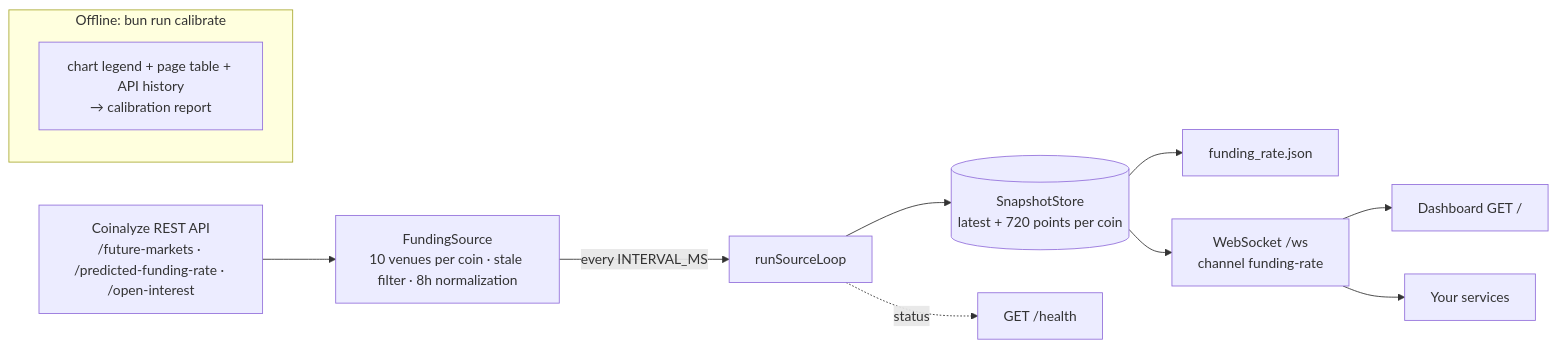
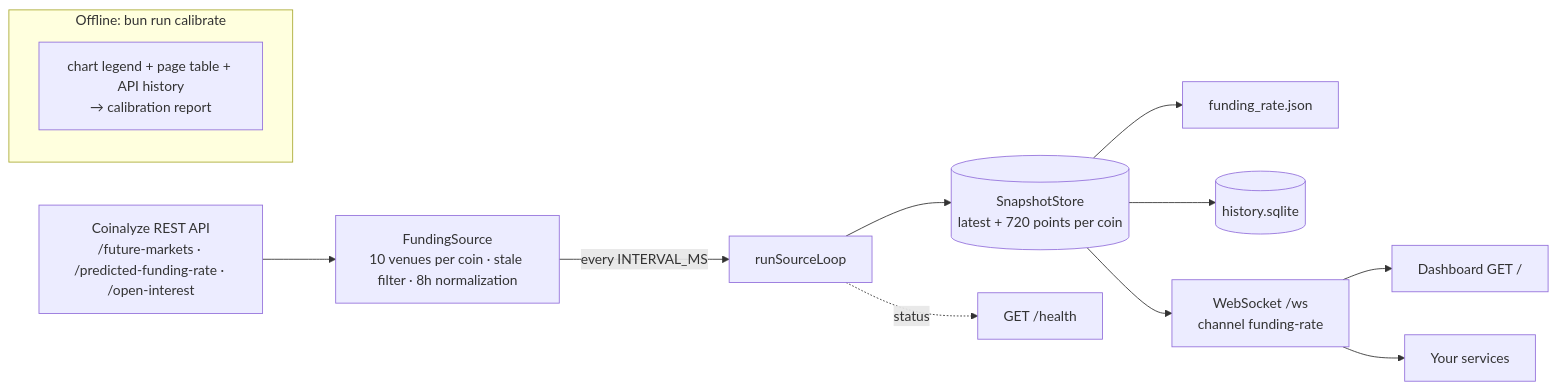
Before and after one commit to tarikcaykara/coinalyze-api: the diagram in README.md, drawn with Mermaid. The commit also changed other lines of this file and 10 other files, not shown here.

Commit message:
feat: persist dashboard history in SQLite across restarts (#17)

````diff
--- a/README.md
+++ b/README.md
@@ -25,15 +25,16 @@
 ```mermaid
 flowchart LR
   API["Coinalyze REST API<br/>/future-markets · /predicted-funding-rate · /open-interest"]
   API --> SRC["FundingSource<br/>10 venues per coin · stale filter · 8h normalization"]
   SRC -->|every INTERVAL_MS| LOOP[runSourceLoop]
   LOOP --> STORE[("SnapshotStore<br/>latest + 720 points per coin")]
   STORE --> FILE[funding_rate.json]
+  STORE --> DB[(history.sqlite)]
   STORE --> WS["WebSocket /ws<br/>channel funding-rate"]
   LOOP -. status .-> HEALTH["GET /health"]
   WS --> DASH["Dashboard GET /"]
   WS --> CLIENTS[Your services]
   subgraph offline ["Offline: bun run calibrate"]
     CAL["chart legend + page table + API history<br/>→ calibration report"]
   end
 ```
````
